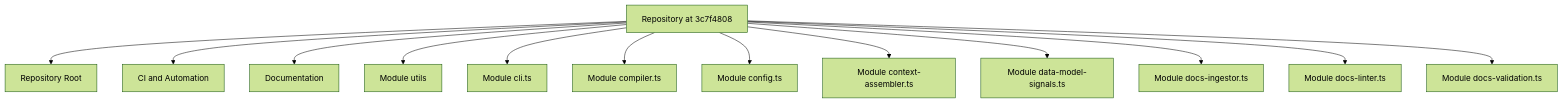
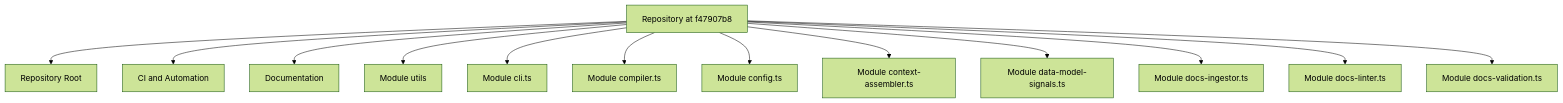
The diagram in Architecture.md (mfittko/repo-wiki), drawn with Mermaid (forest theme) before and after one commit. The commit also changed other lines of this file and 44 other files, not shown here.

````diff
--- a/Architecture.md
+++ b/Architecture.md
@@ -17,16 +17,16 @@
 ```mermaid
 flowchart TD
-  Repo[Repository at 3c7f4808]
+  Repo[Repository at f47907b8]
   Repo --> M0[Repository Root]
   Repo --> M1[CI and Automation]
   Repo --> M2[Documentation]
   Repo --> M3[Module utils]
   Repo --> M4[Module cli.ts]
   Repo --> M5[Module compiler.ts]
   Repo --> M6[Module config.ts]
   Repo --> M7[Module context-assembler.ts]
   Repo --> M8[Module data-model-signals.ts]
   Repo --> M9[Module docs-ingestor.ts]
   Repo --> M10[Module docs-linter.ts]
   Repo --> M11[Module docs-validation.ts]
 ```
````
